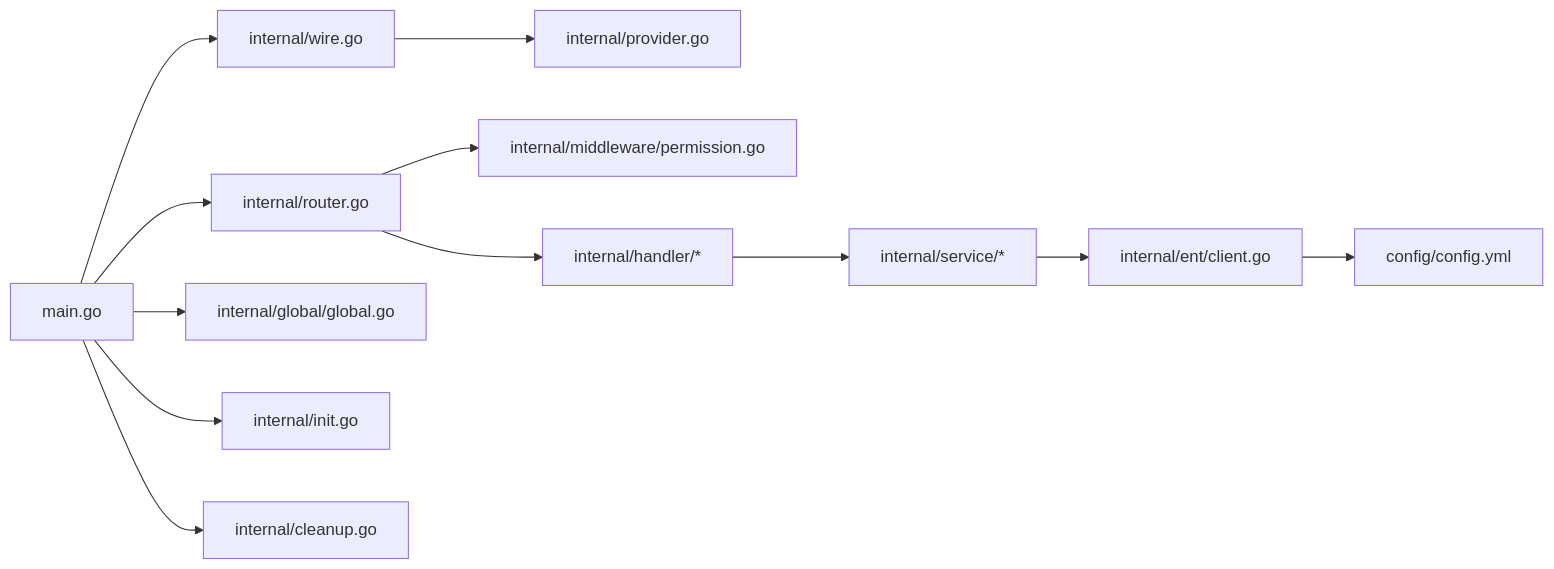
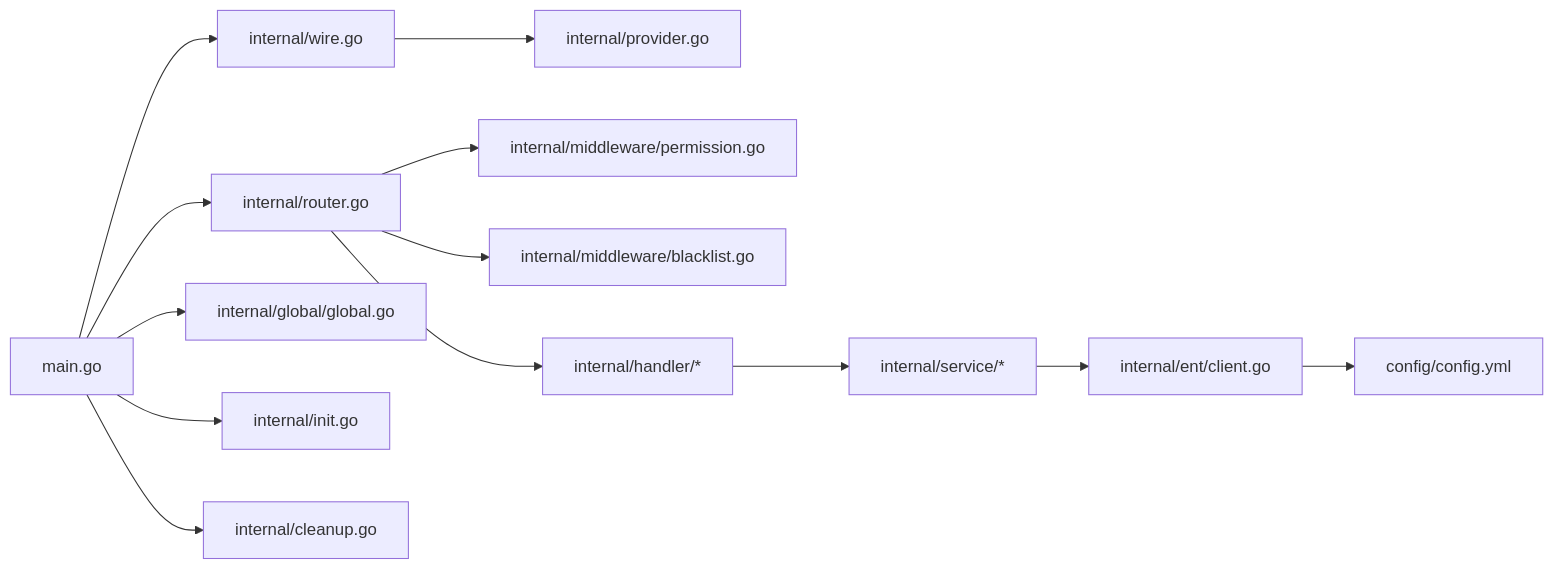
One commit to wuwuseo/e-sports-go-admin changed the eighth of 8 diagrams in .qoder/repowiki/zh/content/架构设计/架构设计.md. Above: the diagram before and after it, drawn with Mermaid. The commit also changed other lines of this file and 42 other files, not shown here.

````diff
--- a/.qoder/repowiki/zh/content/架构设计/架构设计.md
+++ b/.qoder/repowiki/zh/content/架构设计/架构设计.md
@@ -391,14 +428,15 @@
 ```mermaid
 graph LR
 M["main.go"] --> W["internal/wire.go"]
 W --> P["internal/provider.go"]
 M --> R["internal/router.go"]
 R --> MW["internal/middleware/permission.go"]
+R --> MB["internal/middleware/blacklist.go"]
 R --> H["internal/handler/*"]
 H --> S["internal/service/*"]
 S --> E["internal/ent/client.go"]
 E --> CFG["config/config.yml"]
 M --> G["internal/global/global.go"]
 M --> I["internal/init.go"]
 M --> C["internal/cleanup.go"]
 ```
````
